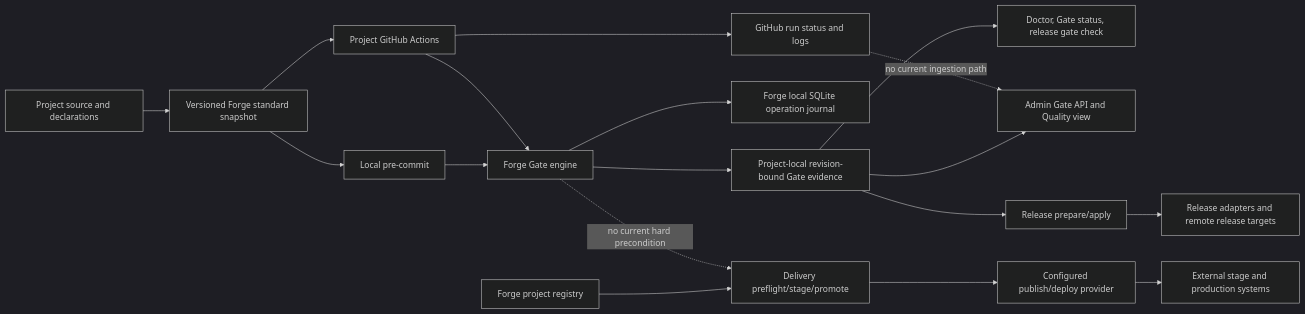
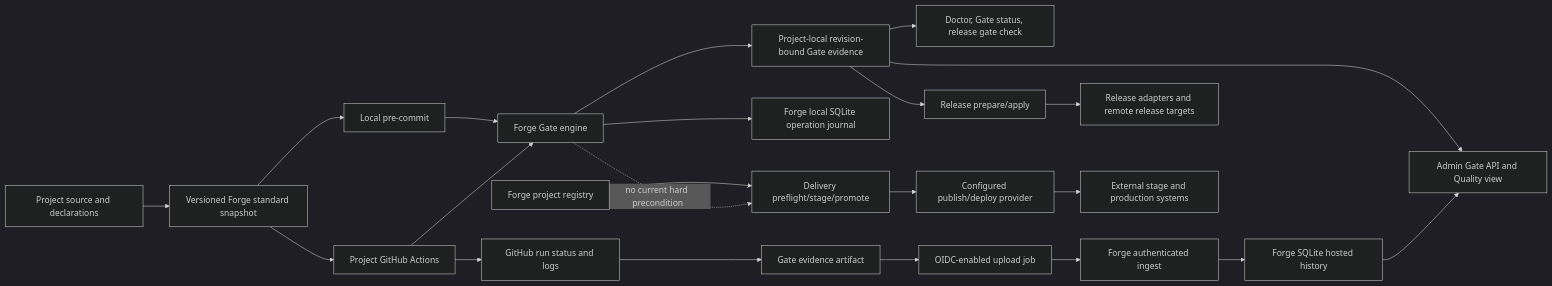
Before and after one commit to lileililiwen/forge: the first of 4 diagrams in docs/ci-cd-system-model.md, drawn with Mermaid (dark theme). The commit also changed other lines of this file and 54 other files, not shown here.

Commit message:
feat: ingest authenticated hosted CI evidence

````diff
--- a/docs/ci-cd-system-model.md
+++ b/docs/ci-cd-system-model.md
@@ -21,20 +21,24 @@
 ```mermaid
 flowchart LR
   P[Project source and declarations] --> S[Versioned Forge standard snapshot]
   S --> H[Local pre-commit]
   S --> GHA[Project GitHub Actions]
   H --> GE[Forge Gate engine]
   GHA --> GE
   GE --> E[Project-local revision-bound Gate evidence]
   GE --> J[Forge local SQLite operation journal]
   E --> D[Doctor, Gate status, release gate check]
   E --> W[Admin Gate API and Quality view]
   GHA --> GH[GitHub run status and logs]
-  GH -. no current ingestion path .-> W
+  GH --> ART[Gate evidence artifact]
+  ART --> UP[OIDC-enabled upload job]
+  UP --> ING[Forge authenticated ingest]
+  ING --> HC[Forge SQLite hosted history]
+  HC --> W
   E --> R[Release prepare/apply]
   R --> RP[Release adapters and remote release targets]
   REG[Forge project registry] --> DL[Delivery preflight/stage/promote]
   DL --> DP[Configured publish/deploy provider]
   DP --> EXT[External stage and production systems]
   GE -. no current hard precondition .-> DL
 ```
````
